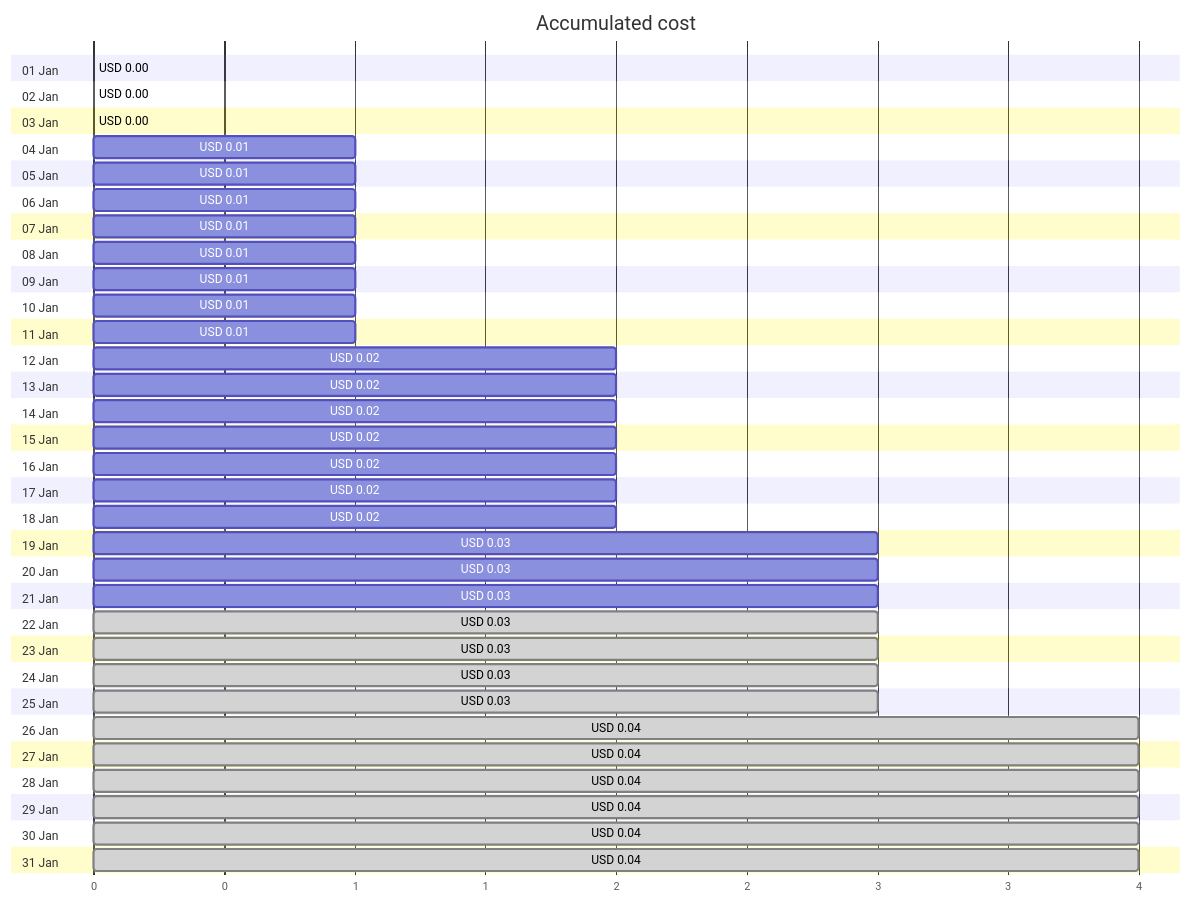
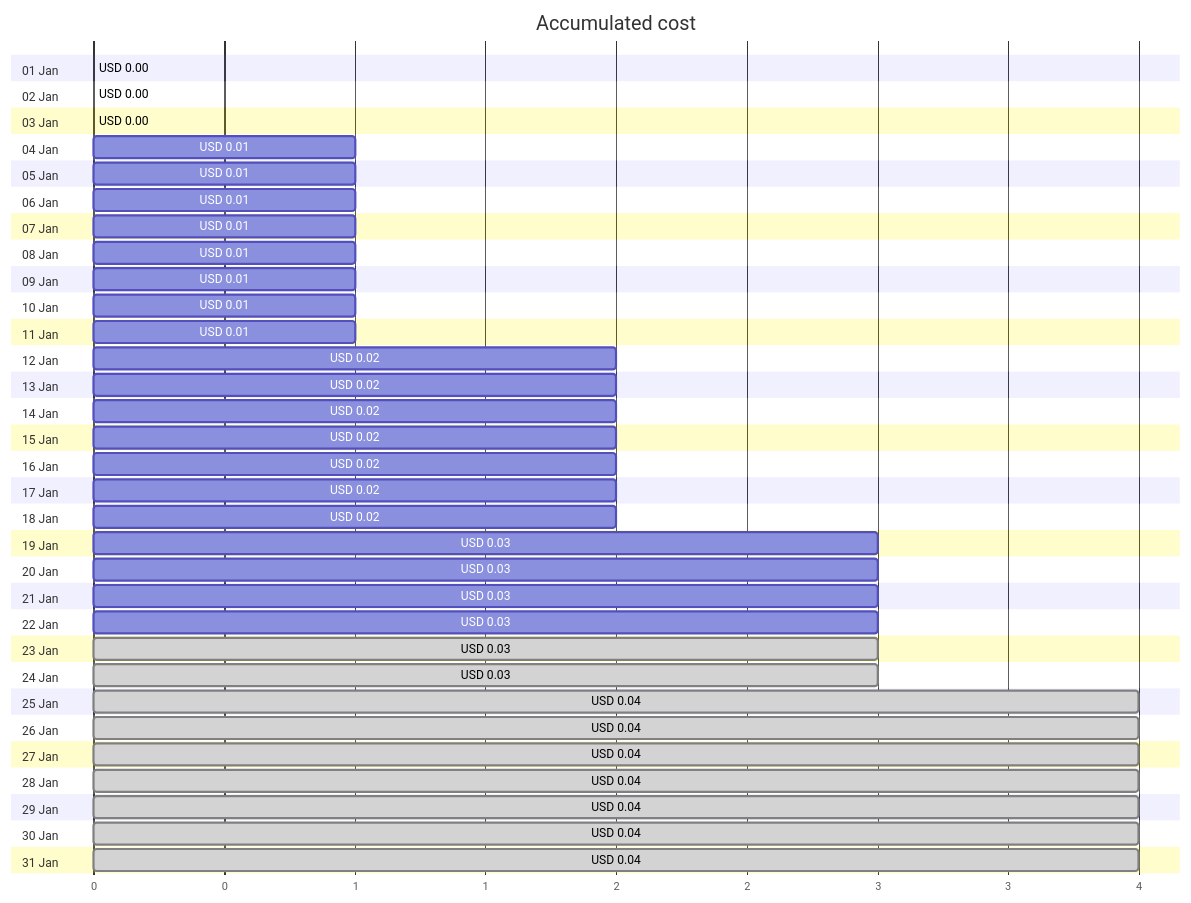
The first of 4 diagrams in cost-reports/personal-site/personalsiteapistorage.md (jpfulton/azure-personal-reports), drawn with Mermaid before and after one commit. The commit also changed other lines of this file and 6 other files, not shown here.

````diff
--- a/cost-reports/personal-site/personalsiteapistorage.md
+++ b/cost-reports/personal-site/personalsiteapistorage.md
@@ -20,68 +20,68 @@
 ```mermaid
 gantt
    title Accumulated cost
    dateFormat  X
    axisFormat %s
    section 01 Jan
    USD 0.00 :0, 0
    section 02 Jan
    USD 0.00 :0, 0
    section 03 Jan
    USD 0.00 :0, 0
    section 04 Jan
    USD 0.01 :0, 1
    section 05 Jan
    USD 0.01 :0, 1
    section 06 Jan
    USD 0.01 :0, 1
    section 07 Jan
    USD 0.01 :0, 1
    section 08 Jan
    USD 0.01 :0, 1
    section 09 Jan
    USD 0.01 :0, 1
    section 10 Jan
    USD 0.01 :0, 1
    section 11 Jan
    USD 0.01 :0, 1
    section 12 Jan
    USD 0.02 :0, 2
    section 13 Jan
    USD 0.02 :0, 2
    section 14 Jan
    USD 0.02 :0, 2
    section 15 Jan
    USD 0.02 :0, 2
    section 16 Jan
    USD 0.02 :0, 2
    section 17 Jan
    USD 0.02 :0, 2
    section 18 Jan
    USD 0.02 :0, 2
    section 19 Jan
    USD 0.03 :0, 3
    section 20 Jan
    USD 0.03 :0, 3
    section 21 Jan
    USD 0.03 :0, 3
    section 22 Jan
-   USD 0.03 : done, 0, 3
+   USD 0.03 :0, 3
    section 23 Jan
    USD 0.03 : done, 0, 3
    section 24 Jan
    USD 0.03 : done, 0, 3
    section 25 Jan
-   USD 0.03 : done, 0, 3
+   USD 0.04 : done, 0, 4
    section 26 Jan
    USD 0.04 : done, 0, 4
    section 27 Jan
    USD 0.04 : done, 0, 4
    section 28 Jan
    USD 0.04 : done, 0, 4
    section 29 Jan
    USD 0.04 : done, 0, 4
    section 30 Jan
    USD 0.04 : done, 0, 4
    section 31 Jan
    USD 0.04 : done, 0, 4
 ```
````
